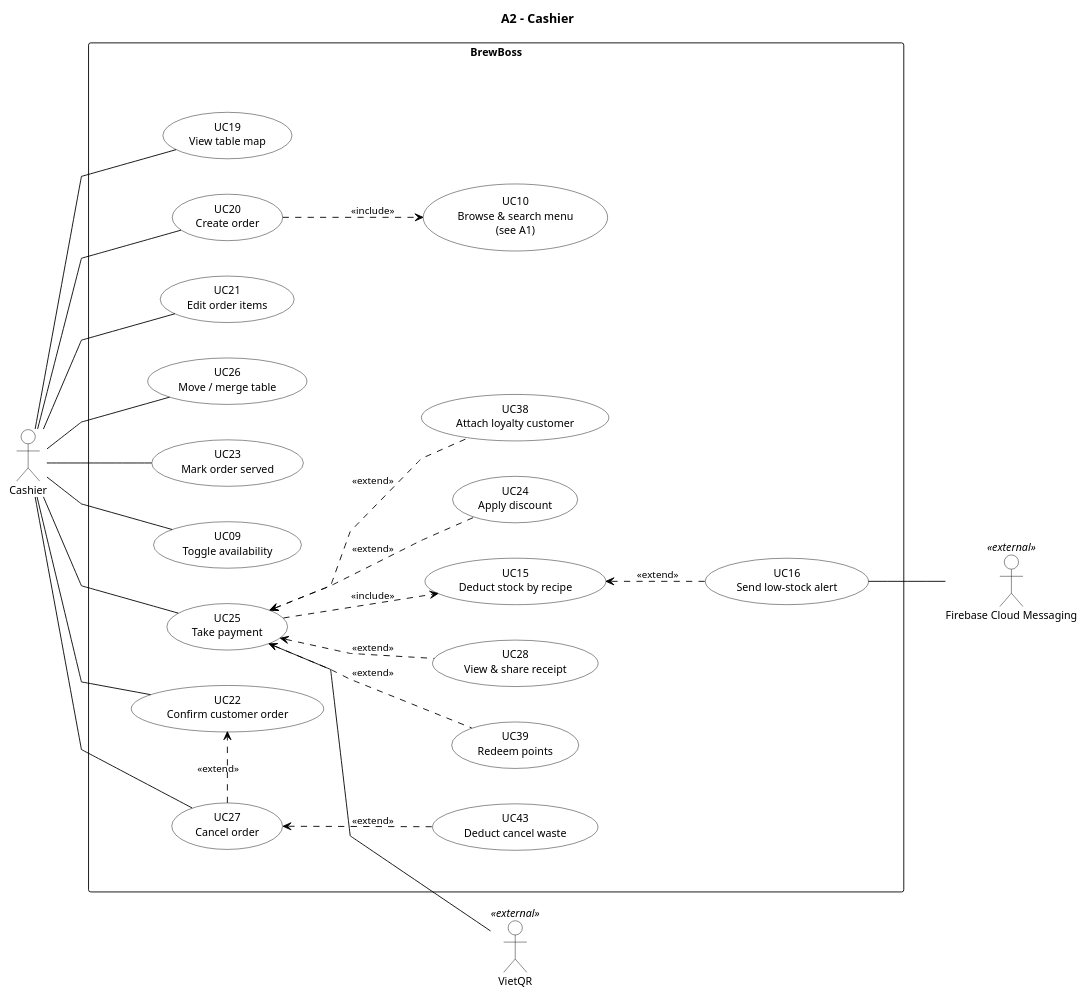
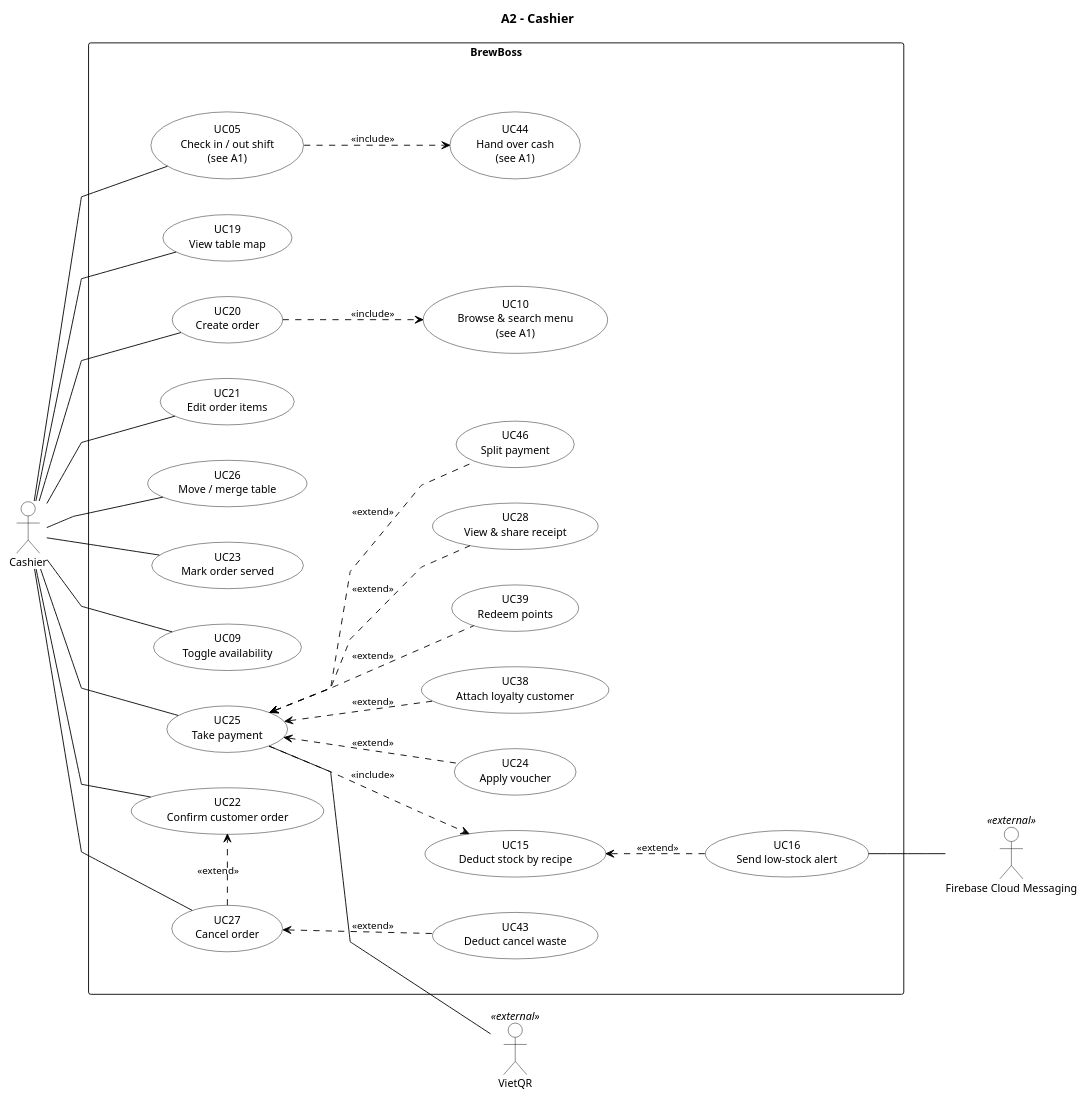
One commit to huytran303/CafeManagementSystem changed the diagram in docs/diagrams/A2_Cashier.puml. Above: the diagram before and after it, drawn with PlantUML. The commit also changed 23 other files, not shown here.

First line of the commit message:
docs: add cash handover, split payment and voucher-only discount

```diff
--- a/docs/diagrams/A2_Cashier.puml
+++ b/docs/diagrams/A2_Cashier.puml
@@ -1,86 +1,92 @@
 @startuml BB_A2_Cashier
 left to right direction
 skinparam linetype polyline
 skinparam nodesep 40
 skinparam ranksep 60
 skinparam backgroundColor White
 skinparam shadowing false
 skinparam defaultFontName Helvetica
 skinparam defaultFontSize 12
 skinparam ArrowColor Black
 skinparam ArrowFontSize 11
 skinparam actor {
   BackgroundColor White
   BorderColor Black
 }
 skinparam usecase {
   BackgroundColor White
   BorderColor Black
 }
 skinparam rectangle {
   BackgroundColor White
   BorderColor Black
 }
 skinparam package {
   BackgroundColor White
   BorderColor Black
 }
 ' inner frame: invisible, only adds padding inside the system boundary
 skinparam rectangle<<inner>> {
   BorderColor Transparent
   FontColor Transparent
 }
 hide <<inner>> stereotype
 
 title A2 - Cashier
 actor "Cashier" as CAS
 actor "VietQR" as VQR <<external>>
 actor "Firebase Cloud Messaging" as FCM <<external>>
 
 rectangle "BrewBoss" {
   rectangle " " <<inner>> {
+    usecase "UC05\nCheck in / out shift\n(see A1)" as UC05
+    usecase "UC44\nHand over cash\n(see A1)" as UC44
     usecase "UC19\nView table map" as UC19
     usecase "UC20\nCreate order" as UC20
     usecase "UC21\nEdit order items" as UC21
     usecase "UC26\nMove / merge table" as UC26
     usecase "UC23\nMark order served" as UC23
     usecase "UC09\nToggle availability" as UC09
     together {
       usecase "UC22\nConfirm customer order" as UC22
       usecase "UC27\nCancel order" as UC27
     }
     usecase "UC25\nTake payment" as UC25
-    usecase "UC24\nApply discount" as UC24
+    usecase "UC24\nApply voucher" as UC24
     usecase "UC38\nAttach loyalty customer" as UC38
     usecase "UC39\nRedeem points" as UC39
     usecase "UC28\nView & share receipt" as UC28
+    usecase "UC46\nSplit payment" as UC46
     usecase "UC10\nBrowse & search menu\n(see A1)" as UC10
     usecase "UC15\nDeduct stock by recipe" as UC15
     usecase "UC16\nSend low-stock alert" as UC16
     usecase "UC43\nDeduct cancel waste" as UC43
   }
 }
 
+CAS -- UC05
 CAS -- UC19
 CAS -- UC20
 CAS -- UC21
 CAS -- UC26
 CAS -- UC23
 CAS -- UC09
 CAS -- UC22
 CAS -- UC27
 CAS -- UC25
 
 UC20 ..> UC10 : <<include>>
 UC27 .[norank].> UC22 : <<extend>>
 UC27 <.. UC43 : <<extend>>
 UC25 <.. UC24 : <<extend>>
 UC25 <.. UC38 : <<extend>>
 UC25 <.. UC39 : <<extend>>
 UC25 <.. UC28 : <<extend>>
+UC25 <.. UC46 : <<extend>>
+UC05 ..> UC44 : <<include>>
 UC25 ..> UC15 : <<include>>
 UC15 <.. UC16 : <<extend>>
 
 UC25 -- VQR
 UC16 -- FCM
 @enduml
```
